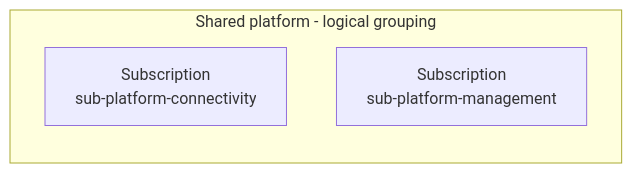
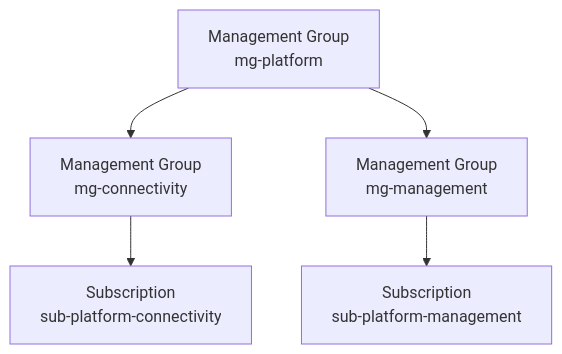
The first of 2 diagrams in docs/04-target-architecture.md (Amira-hegazy/enterprise-azure-landing-zone_AH), drawn with Mermaid before and after one commit. The commit also changed other lines of this file, not shown here.

Commit message:
Add platform management group hierarchy

````diff
--- a/docs/04-target-architecture.md
+++ b/docs/04-target-architecture.md
@@ -166,7 +172,10 @@
 ```mermaid
-flowchart LR
-    subgraph PLATFORM["Shared platform - logical grouping"]
-        C["Subscription<br/>sub-platform-connectivity"]
-        M["Subscription<br/>sub-platform-management"]
-    end
+flowchart TB
+    PLATFORM["Management Group<br/>mg-platform"]
+
+    PLATFORM --> CONNECTIVITY["Management Group<br/>mg-connectivity"]
+    PLATFORM --> MANAGEMENT["Management Group<br/>mg-management"]
+
+    CONNECTIVITY --> C["Subscription<br/>sub-platform-connectivity"]
+    MANAGEMENT --> M["Subscription<br/>sub-platform-management"]
 ```
````
